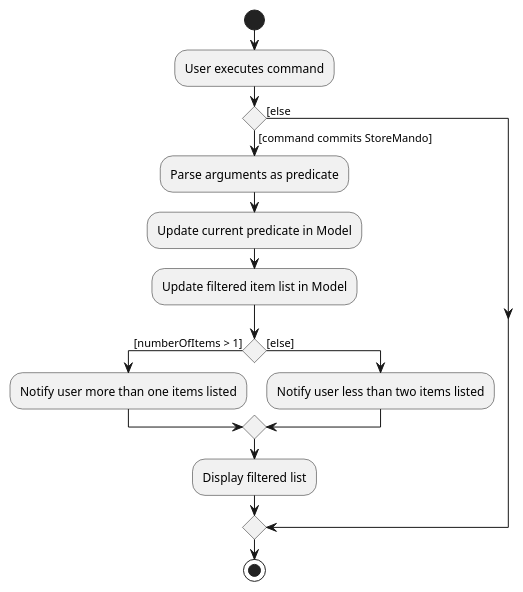
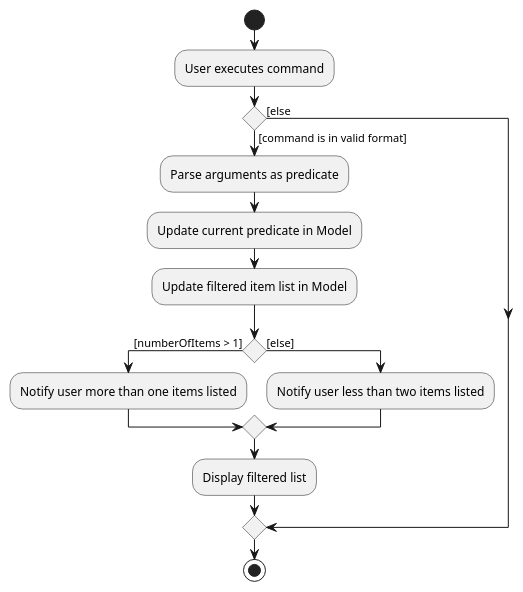
One commit to nus-cs2103-AY2021S2/tp changed the diagram in docs/diagrams/FindActivityDiagram.puml. Above: the diagram before and after it, drawn with PlantUML. The commit also changed 6 other files, not shown here.

Commit message:
Make changes to conditional statement in activity diagrams, sequence diagram and implementation step

```diff
--- a/docs/diagrams/FindActivityDiagram.puml
+++ b/docs/diagrams/FindActivityDiagram.puml
@@ -1,21 +1,21 @@
 @startuml
 start
 :User executes command;
 
 'Since the beta syntax does not support placing the condition outside the
 'diamond we place it as the true branch instead.
 
-if () then ([command commits StoreMando])
+if () then ([command is in valid format])
     :Parse arguments as predicate;
     :Update current predicate in Model;
     :Update filtered item list in Model;
     if () then ([numberOfItems > 1])
     :Notify user more than one items listed;
     else ([else])
     :Notify user less than two items listed;
     endif
     :Display filtered list;
 else ([else)
 endif
 stop
 @enduml
```
